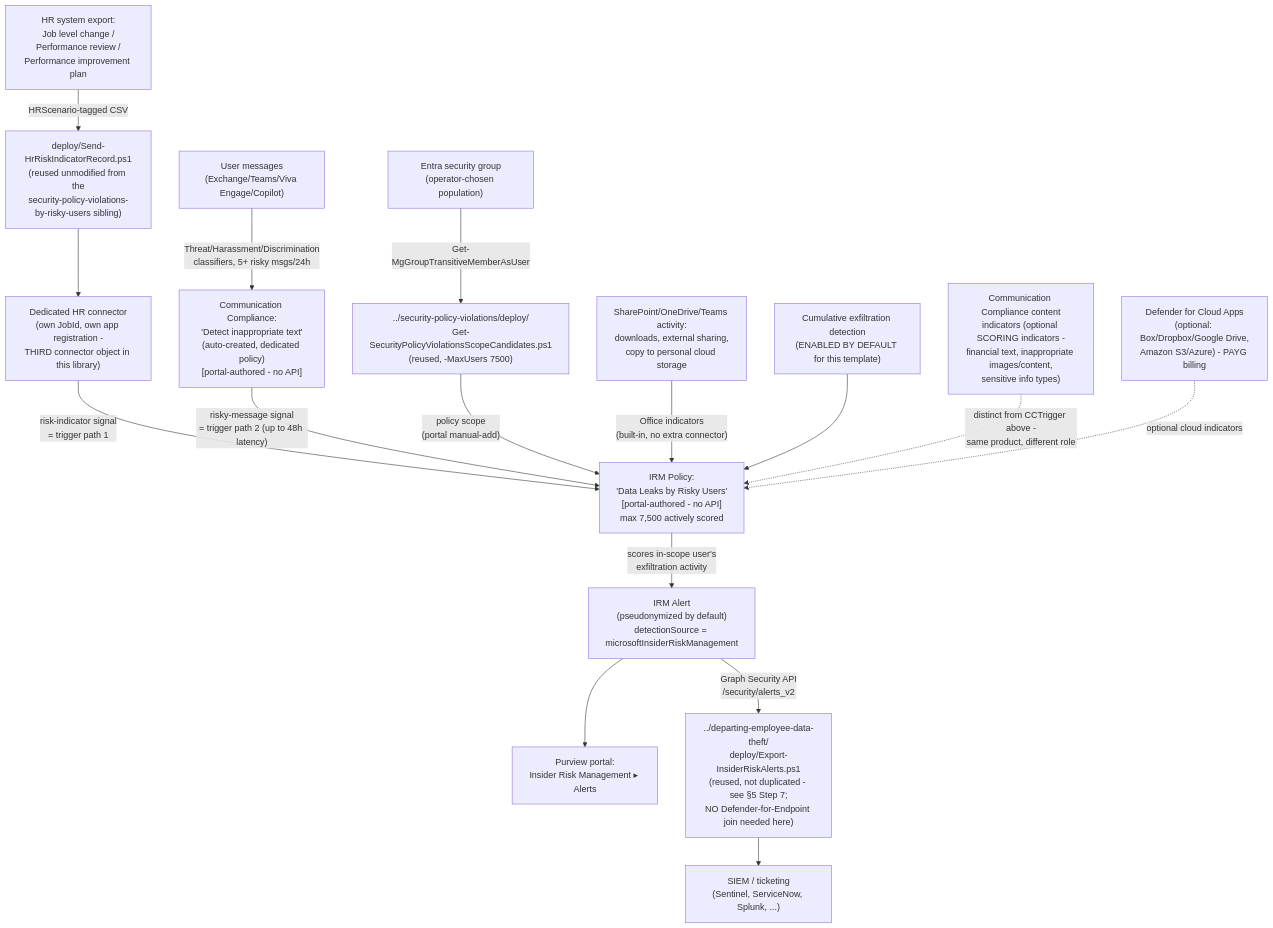
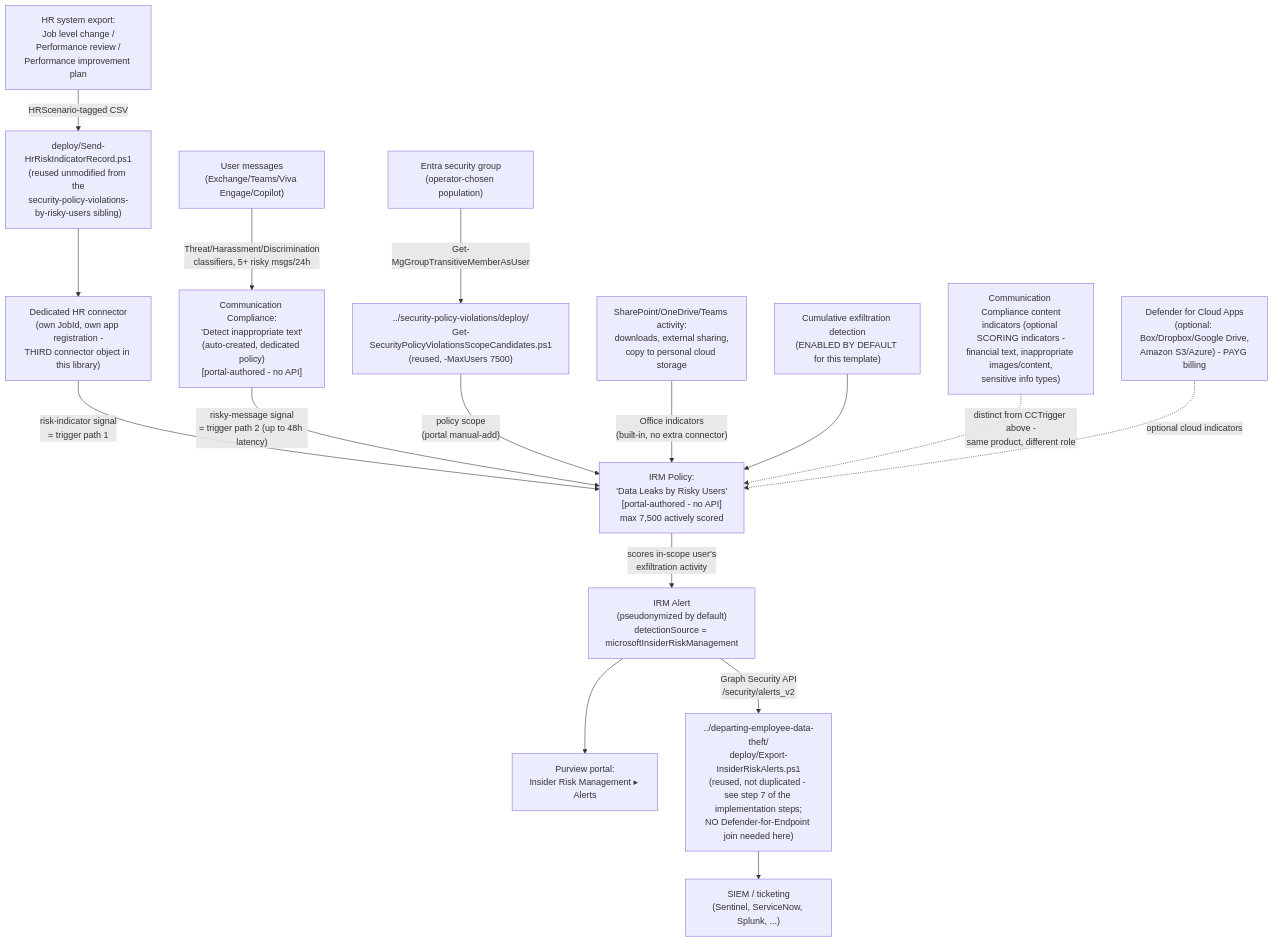
The diagram in src/content/scenarios/insider-risk/data-leaks-by-risky-users.md (kpsec1/kpsec1.github.io), drawn with Mermaid before and after one commit. The commit also changed other lines of this file and 269 other files, not shown here.

````diff
--- a/src/content/scenarios/insider-risk/data-leaks-by-risky-users.md
+++ b/src/content/scenarios/insider-risk/data-leaks-by-risky-users.md
@@ -73,18 +73,18 @@
 ```mermaid
 flowchart TD
     HR[HR system export:\nJob level change /\nPerformance review /\nPerformance improvement plan] -->|"HRScenario-tagged CSV"| Script["deploy/Send-HrRiskIndicatorRecord.ps1\n(reused unmodified from the\nsecurity-policy-violations-by-risky-users sibling)"]
     Script --> Connector["Dedicated HR connector\n(own JobId, own app registration -\nTHIRD connector object in this library)"]
     Connector -->|"risk-indicator signal\n= trigger path 1"| Policy["IRM Policy:\n'Data Leaks by Risky Users'\n[portal-authored - no API]\nmax 7,500 actively scored"]
     Messages["User messages\n(Exchange/Teams/Viva Engage/Copilot)"] -->|"Threat/Harassment/Discrimination\nclassifiers, 5+ risky msgs/24h"| CCTrigger["Communication Compliance:\n'Detect inappropriate text'\n(auto-created, dedicated policy)\n[portal-authored - no API]"]
     CCTrigger -->|"risky-message signal\n= trigger path 2 (up to 48h latency)"| Policy
     Group["Entra security group\n(operator-chosen population)"] -->|"Get-MgGroupTransitiveMemberAsUser"| ScopeScript["../security-policy-violations/deploy/\nGet-SecurityPolicyViolationsScopeCandidates.ps1\n(reused, -MaxUsers 7500)"]
     ScopeScript -->|"policy scope\n(portal manual-add)"| Policy
     OfficeAct["SharePoint/OneDrive/Teams activity:\ndownloads, external sharing,\ncopy to personal cloud storage"] -->|"Office indicators\n(built-in, no extra connector)"| Policy
     CumExfil["Cumulative exfiltration detection\n(ENABLED BY DEFAULT for this template)"] --> Policy
     CCScoring["Communication Compliance content\nindicators (optional SCORING indicators -\nfinancial text, inappropriate images/content,\nsensitive info types)"] -.->|"distinct from CCTrigger above -\nsame product, different role"| Policy
     CloudApps["Defender for Cloud Apps\n(optional: Box/Dropbox/Google Drive,\nAmazon S3/Azure) - PAYG billing"] -.->|"optional cloud indicators"| Policy
     Policy -->|"scores in-scope user's\nexfiltration activity"| Alert["IRM Alert\n(pseudonymized by default)\ndetectionSource = microsoftInsiderRiskManagement"]
     Alert --> Dashboard["Purview portal:\nInsider Risk Management ▸ Alerts"]
-    Alert -->|"Graph Security API\n/security/alerts_v2"| Export["../departing-employee-data-theft/\ndeploy/Export-InsiderRiskAlerts.ps1\n(reused, not duplicated - see §5 Step 7;\nNO Defender-for-Endpoint join needed here)"]
+    Alert -->|"Graph Security API\n/security/alerts_v2"| Export["../departing-employee-data-theft/\ndeploy/Export-InsiderRiskAlerts.ps1\n(reused, not duplicated - see step 7 of the implementation steps;\nNO Defender-for-Endpoint join needed here)"]
     Export --> SIEM["SIEM / ticketing\n(Sentinel, ServiceNow, Splunk, ...)"]
 ```
````
